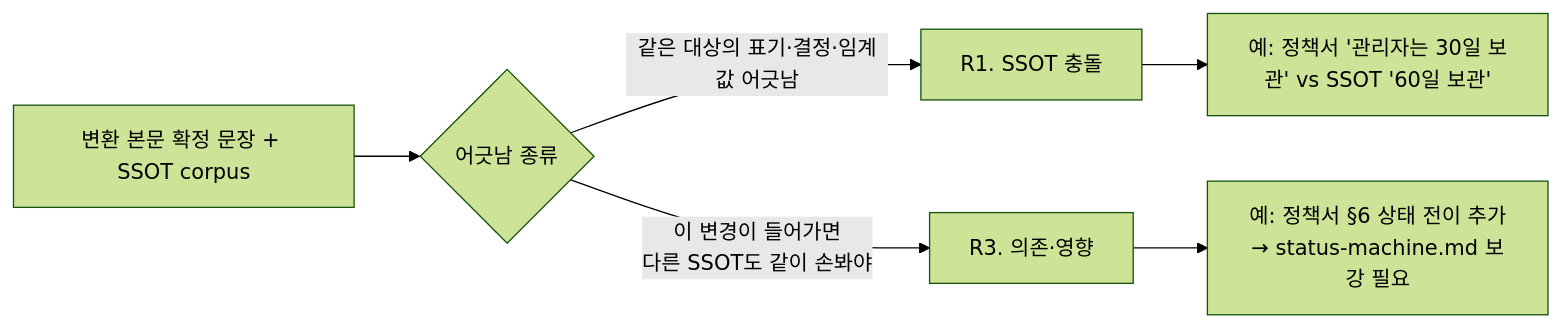
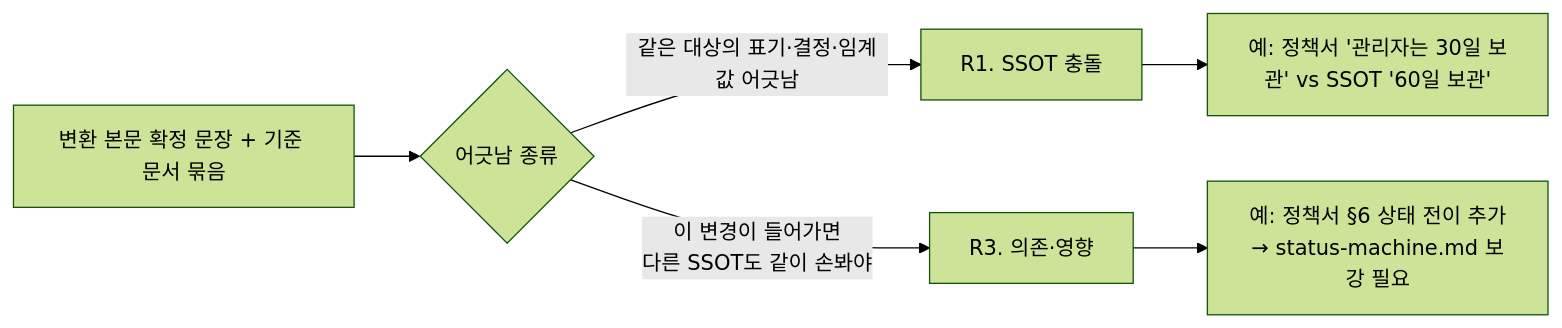
One commit to inkwonjung-colosseum/plugins changed the seventh of 8 diagrams in planning-kit/docs/planning-review-workflow.md. Above: the diagram before and after it, drawn with Mermaid (forest theme). The commit also changed other lines of this file and 19 other files, not shown here.

````diff
--- a/planning-kit/docs/planning-review-workflow.md
+++ b/planning-kit/docs/planning-review-workflow.md
@@ -202,9 +203,9 @@
 ```mermaid
 flowchart LR
-  D[변환 본문 확정 문장 + SSOT corpus] --> Q{어긋남 종류}
+  D[변환 본문 확정 문장 + 기준 문서 묶음] --> Q{어긋남 종류}
   Q -->|같은 대상의 표기·결정·임계값 어긋남| R1[R1. SSOT 충돌]
   Q -->|이 변경이 들어가면<br/>다른 SSOT도 같이 손봐야| R3[R3. 의존·영향]
 
   R1 --> EX1["예: 정책서 '관리자는 30일 보관' vs SSOT '60일 보관'"]
   R3 --> EX2[예: 정책서 §6 상태 전이 추가<br/>→ status-machine.md 보강 필요]
 ```
````
